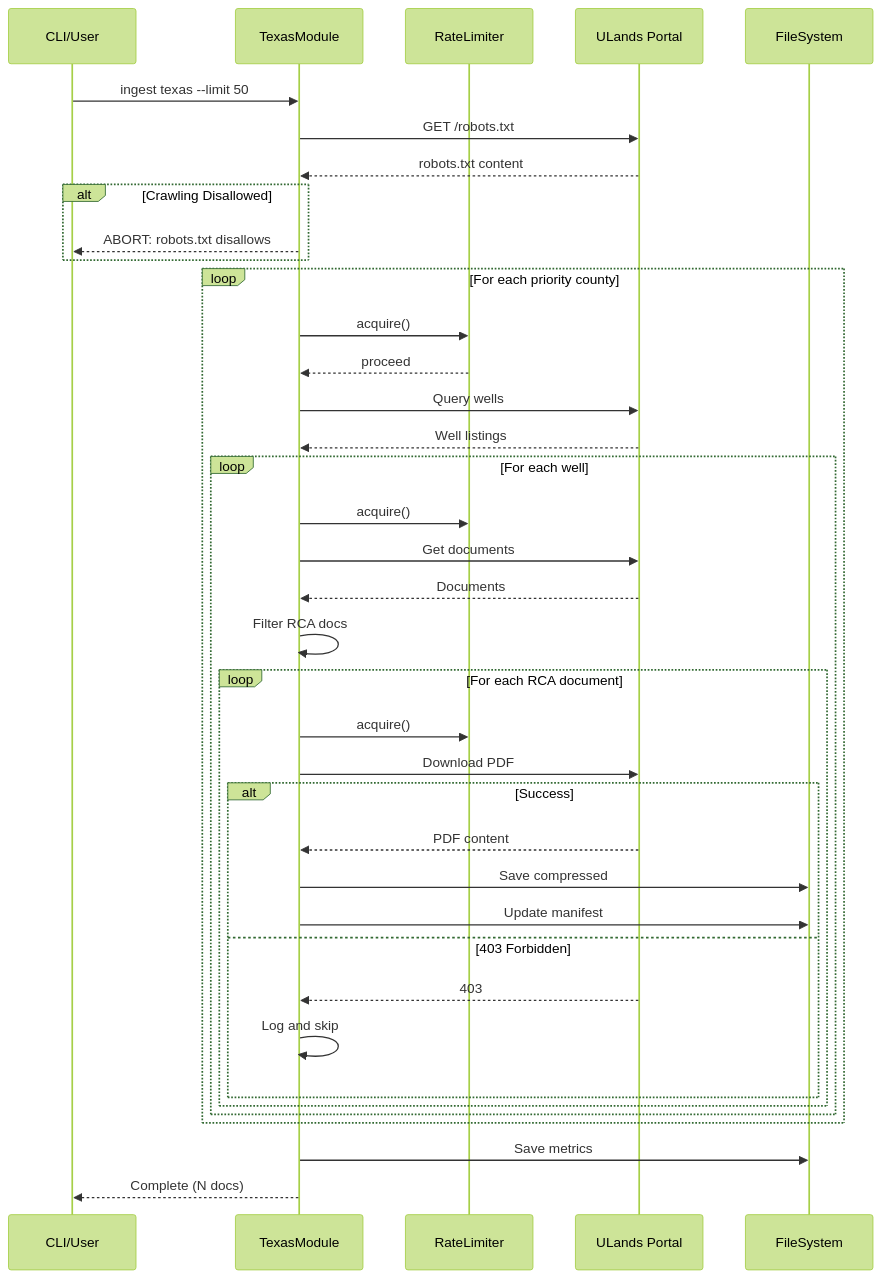
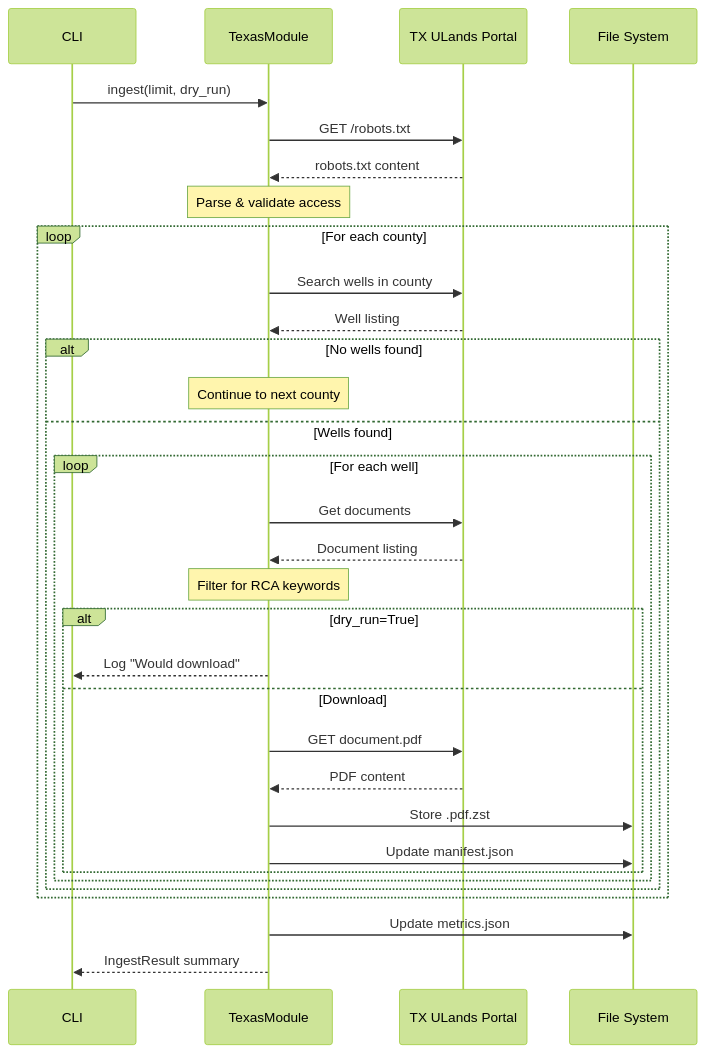
Before and after one commit to martymcenroe/RCA-PDF-extraction-pipeline: the diagram in docs/lineage/active/25-lld/005-draft.md, drawn with Mermaid (forest theme). The commit also changed other lines of this file and 7 other files, not shown here.

````diff
--- a/docs/lineage/active/25-lld/005-draft.md
+++ b/docs/lineage/active/25-lld/005-draft.md
@@ -323,47 +434,41 @@
 ```mermaid
 sequenceDiagram
-    participant CLI as CLI/User
+    participant CLI as CLI
     participant TM as TexasModule
-    participant RL as RateLimiter
-    participant Portal as ULands Portal
-    participant FS as FileSystem
+    participant Portal as TX ULands Portal
+    participant FS as File System
 
-    CLI->>TM: ingest texas --limit 50
+    CLI->>TM: ingest(limit, dry_run)
     TM->>Portal: GET /robots.txt
     Portal-->>TM: robots.txt content
     
-    alt Crawling Disallowed
-        TM-->>CLI: ABORT: robots.txt disallows
-    end
+    Note over TM: Parse & validate access
     
-    loop For each priority county
-        TM->>RL: acquire()
-        RL-->>TM: proceed
-        TM->>Portal: Query wells
-        Portal-->>TM: Well listings
+    loop For each county
+        TM->>Portal: Search wells in county
+        Portal-->>TM: Well listing
         
-        loop For each well
-            TM->>RL: acquire()
-            TM->>Portal: Get documents
-            Portal-->>TM: Documents
-            TM->>TM: Filter RCA docs
-            
-            loop For each RCA document
-                TM->>RL: acquire()
-                TM->>Portal: Download PDF
+        alt No wells found
+            Note over TM: Continue to next county
+        else Wells found
+            loop For each well
+                TM->>Portal: Get documents
+                Portal-->>TM: Document listing
                 
-                alt Success
+                Note over TM: Filter for RCA keywords
+                
+                alt dry_run=True
+                    TM-->>CLI: Log "Would download"
+                else Download
+                    TM->>Portal: GET document.pdf
                     Portal-->>TM: PDF content
-                    TM->>FS: Save compressed
-                    TM->>FS: Update manifest
-                else 403 Forbidden
-                    Portal-->>TM: 403
-                    TM->>TM: Log and skip
+                    TM->>FS: Store .pdf.zst
+                    TM->>FS: Update manifest.json
                 end
             end
         end
     end
     
-    TM->>FS: Save metrics
-    TM-->>CLI: Complete (N docs)
+    TM->>FS: Update metrics.json
+    TM-->>CLI: IngestResult summary
 ```
````
